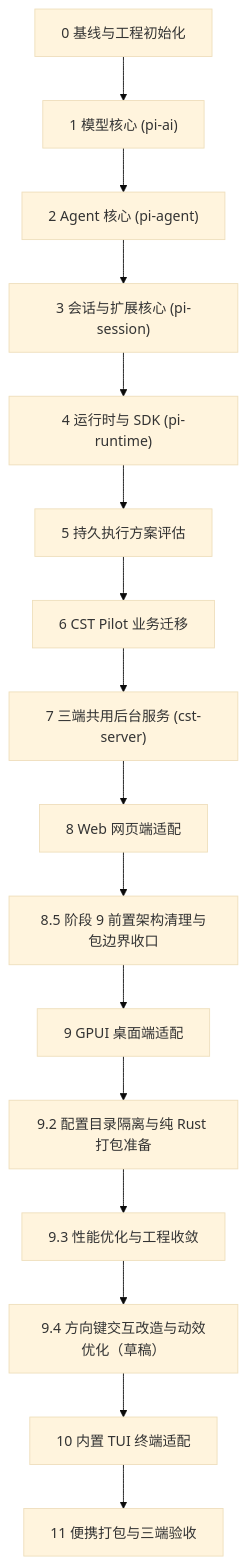
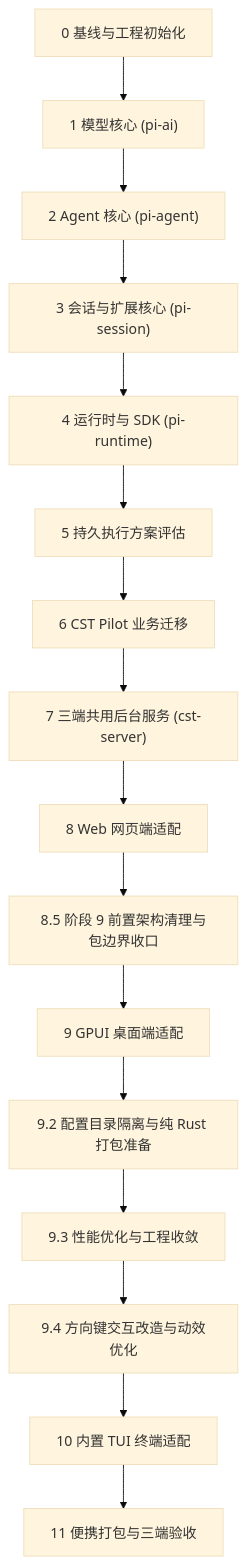
The diagram in doc/rust/plan/0.PLAN.md (SCAU-Computer-Serving-Team/cst-pilot), drawn with Mermaid (base theme) before and after one commit. The commit also changed other lines of this file and 15 other files, not shown here.

````diff
--- a/doc/rust/plan/0.PLAN.md
+++ b/doc/rust/plan/0.PLAN.md
@@ -27,18 +27,18 @@
 ```mermaid
 flowchart TD
     P0["0 基线与工程初始化"] --> P1["1 模型核心 (pi-ai)"]
     P1 --> P2["2 Agent 核心 (pi-agent)"]
     P2 --> P3["3 会话与扩展核心 (pi-session)"]
     P3 --> P4["4 运行时与 SDK (pi-runtime)"]
     P4 --> P5["5 持久执行方案评估"]
     P5 --> P6["6 CST Pilot 业务迁移"]
     P6 --> P7["7 三端共用后台服务 (cst-server)"]
     P7 --> P8["8 Web 网页端适配"]
     P8 --> P85["8.5 阶段 9 前置架构清理与包边界收口"]
     P85 --> P9["9 GPUI 桌面端适配"]
     P9 --> P92["9.2 配置目录隔离与纯 Rust 打包准备"]
     P92 --> P93["9.3 性能优化与工程收敛"]
-    P93 --> P94["9.4 方向键交互改造与动效优化（草稿）"]
+    P93 --> P94["9.4 方向键交互改造与动效优化"]
     P94 --> P10["10 内置 TUI 终端适配"]
     P10 --> P11["11 便携打包与三端验收"]
 ```
````
